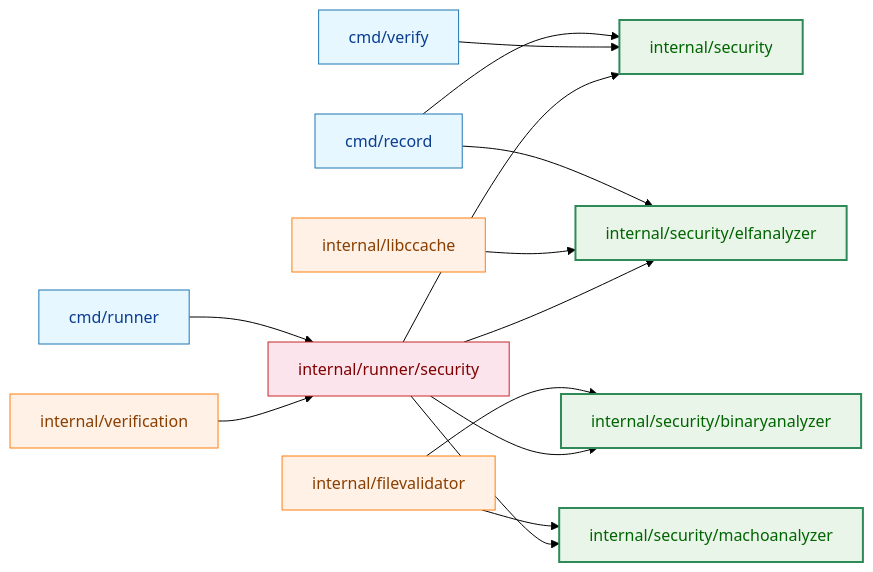
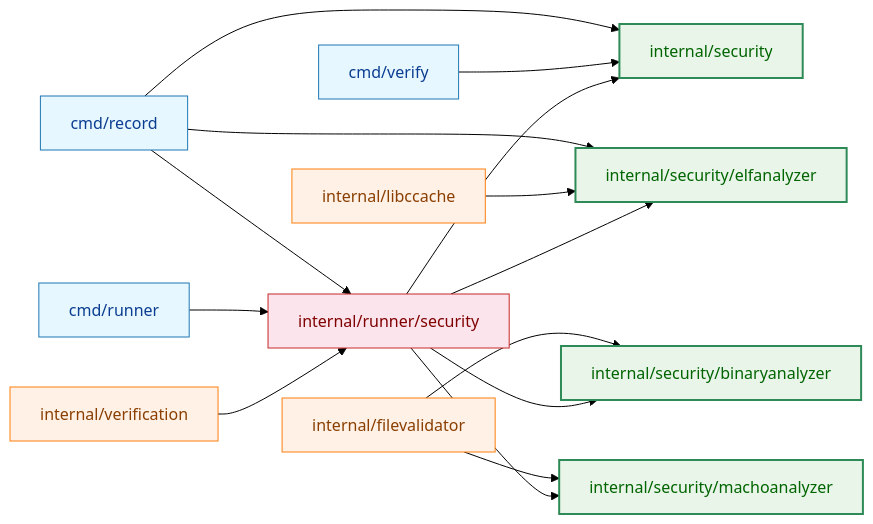
One commit to isseis/go-safe-cmd-runner changed the sixth of 9 diagrams in docs/tasks/0113_security_package_restructure/02_architecture.md. Above: the diagram before and after it, drawn with Mermaid (forest theme). The commit also changed other lines of this file and 2 other files, not shown here.

````diff
--- a/docs/tasks/0113_security_package_restructure/02_architecture.md
+++ b/docs/tasks/0113_security_package_restructure/02_architecture.md
@@ -185,39 +187,40 @@
 ```mermaid
 flowchart LR
     classDef cmd fill:#e6f7ff,stroke:#1f77b4,stroke-width:1px,color:#0b3d91;
     classDef newpkg fill:#e8f5e8,stroke:#2e8b57,stroke-width:2px,color:#006400;
     classDef runner fill:#fce4ec,stroke:#c62828,stroke-width:1px,color:#7f0000;
     classDef lib fill:#fff1e6,stroke:#ff7f0e,stroke-width:1px,color:#8a3e00;
 
     CR["cmd/record"]
     CV["cmd/verify"]
     CRUN["cmd/runner"]
 
     IS["internal/security"]
     ISE["internal/security/elfanalyzer"]
     ISB["internal/security/binaryanalyzer"]
     ISM["internal/security/machoanalyzer"]
 
     IRS["internal/runner/security"]
     IV["internal/verification"]
     IFV["internal/filevalidator"]
     ILC["internal/libccache"]
 
     CR --> IS
     CR --> ISE
+    CR --> IRS
     CV --> IS
     CRUN --> IRS
     IFV --> ISB
     IFV --> ISM
     ILC --> ISE
     IV --> IRS
     IRS --> IS
     IRS --> ISE
     IRS --> ISB
     IRS --> ISM
 
     class CR,CV,CRUN cmd;
     class IS,ISE,ISB,ISM newpkg;
     class IRS runner;
     class IV,IFV,ILC lib;
 ```
````
